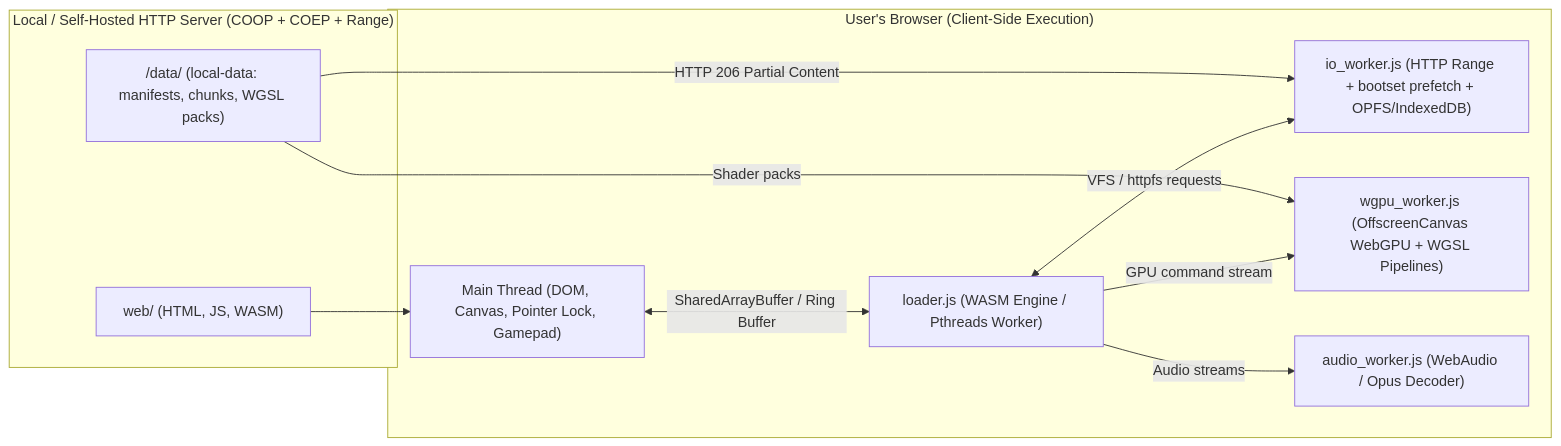
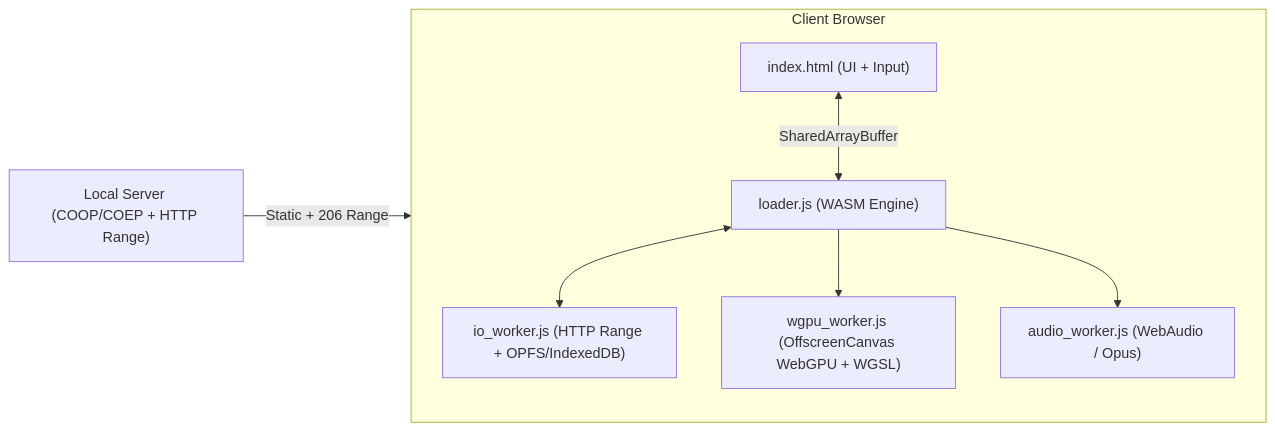
Before and after one commit to GDemay/playGreg6web: the diagram in README.md, drawn with Mermaid. The commit also changed other lines of this file, not shown here.

````diff
--- a/README.md
+++ b/README.md
@@ -26,24 +14,10 @@
 ```mermaid
 flowchart LR
-    subgraph Server["Local / Self-Hosted HTTP Server (COOP + COEP + Range)"]
-        Static["web/ (HTML, JS, WASM)"]
-        Data["/data/ (local-data: manifests, chunks, WGSL packs)"]
+    Server["Local Server (COOP/COEP + HTTP Range)"] -->|Static + 206 Range| Browser
+    subgraph Browser["Client Browser"]
+        Main["index.html (UI + Input)"] <-->|SharedArrayBuffer| Loader["loader.js (WASM Engine)"]
+        Loader <--> IO["io_worker.js (HTTP Range + OPFS/IndexedDB)"]
+        Loader --> WGPU["wgpu_worker.js (OffscreenCanvas WebGPU + WGSL)"]
+        Loader --> Audio["audio_worker.js (WebAudio / Opus)"]
     end
-
-    subgraph Browser["User's Browser (Client-Side Execution)"]
-        Main["Main Thread (DOM, Canvas, Pointer Lock, Gamepad)"]
-        Loader["loader.js (WASM Engine / Pthreads Worker)"]
-        IO["io_worker.js (HTTP Range + bootset prefetch + OPFS/IndexedDB)"]
-        WGPU["wgpu_worker.js (OffscreenCanvas WebGPU + WGSL Pipelines)"]
-        Audio["audio_worker.js (WebAudio / Opus Decoder)"]
-
-        Main <-->|SharedArrayBuffer / Ring Buffer| Loader
-        Loader <-->|VFS / httpfs requests| IO
-        Loader -->|GPU command stream| WGPU
-        Loader -->|Audio streams| Audio
-    end
-
-    Static --> Main
-    Data -->|HTTP 206 Partial Content| IO
-    Data -->|Shader packs| WGPU
 ```
````
